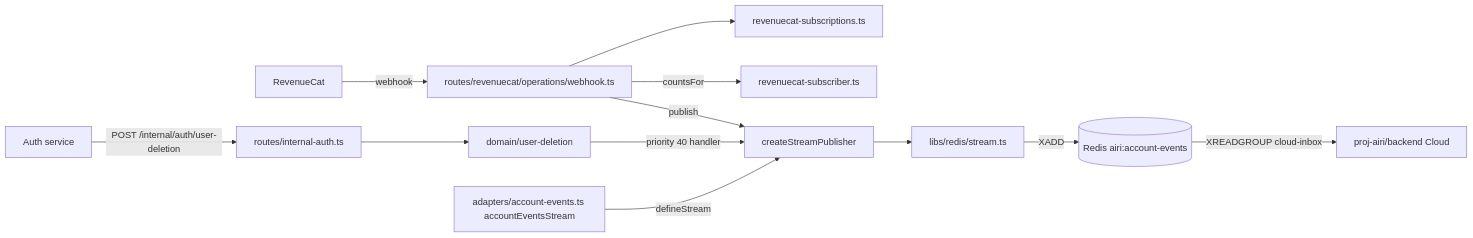
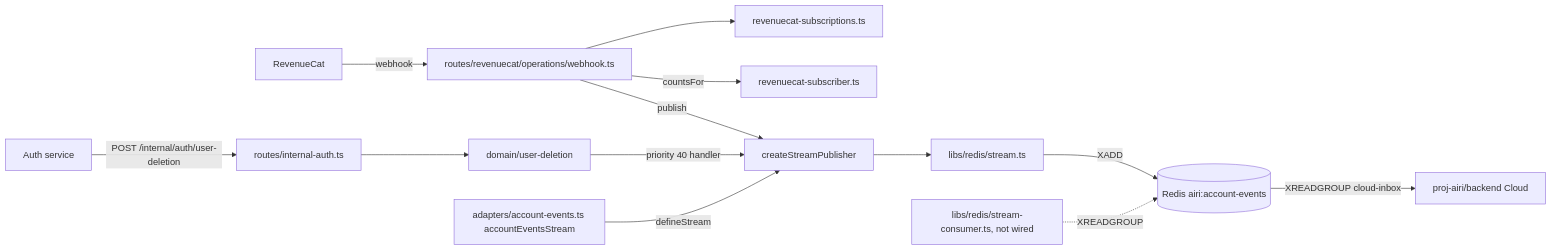
Before and after one commit to moeru-ai/airi: the first of 4 diagrams in server/docs/ai/adr/2026-10-18-account-events-stream.md, drawn with Mermaid. The commit also changed other lines of this file and 9 other files, not shown here.

First line of the commit message:
feat(api): add the Redis Streams consumer infrastructure

````diff
--- a/server/docs/ai/adr/2026-10-18-account-events-stream.md
+++ b/server/docs/ai/adr/2026-10-18-account-events-stream.md
@@ -94,14 +127,15 @@
 ```mermaid
 flowchart LR
   RC[RevenueCat] -->|webhook| Webhook[routes/revenuecat/operations/webhook.ts]
   Webhook --> Sync[revenuecat-subscriptions.ts]
   Webhook -->|countsFor| Subscriber[revenuecat-subscriber.ts]
   Webhook -->|publish| Publisher[createStreamPublisher]
   Auth[Auth service] -->|POST /internal/auth/user-deletion| Internal[routes/internal-auth.ts]
   Internal --> Deletion[domain/user-deletion]
   Deletion -->|priority 40 handler| Publisher
   Definition[adapters/account-events.ts accountEventsStream] -->|defineStream| Publisher
   Publisher --> Stream[libs/redis/stream.ts]
   Stream -->|XADD| Redis[(Redis airi:account-events)]
+  Consumer[libs/redis/stream-consumer.ts, not wired] -.->|XREADGROUP| Redis
   Redis -->|XREADGROUP cloud-inbox| Cloud[proj-airi/backend Cloud]
 ```
````
